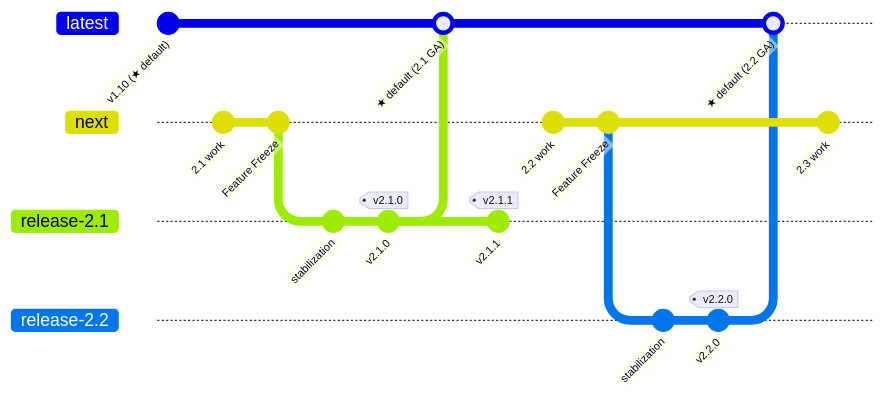
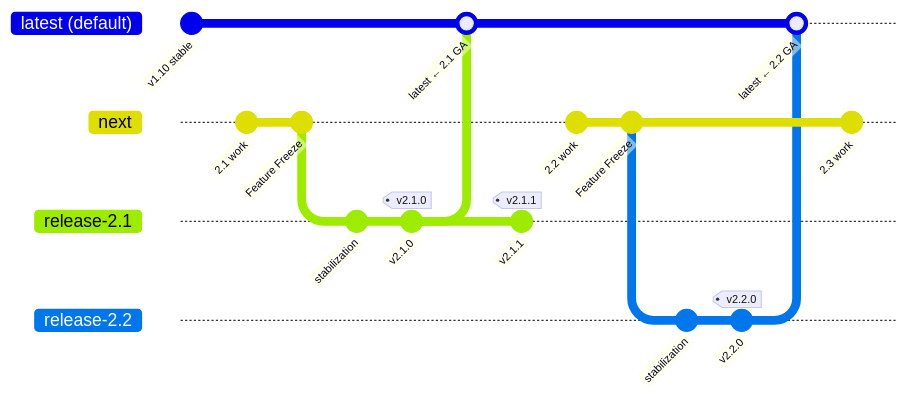
One commit to redhat-developer/rhdh-adr changed the fourth of 4 diagrams in decisions/006-rhdh-local-branching-strategy.md. Above: the diagram before and after it, drawn with Mermaid.

Commit message:
Use 'latest (default)' branch name in Alt 3 diagram
Consistent with Decision and Alt 2 diagrams that label the
default branch explicitly.

````diff
--- a/decisions/006-rhdh-local-branching-strategy.md
+++ b/decisions/006-rhdh-local-branching-strategy.md
@@ -136,27 +136,27 @@
 ```mermaid
-%%{init: { 'gitGraph': {'mainBranchName': 'latest'}} }%%
+%%{init: { 'gitGraph': {'mainBranchName': 'latest (default)'}} }%%
 gitGraph
-    commit id: "v1.10 (★ default)"
+    commit id: "v1.10 stable"
     branch next
     commit id: "2.1 work"
     commit id: "2.1 work"
     commit id: "Feature Freeze"
     branch release-2.1
     commit id: "stabilization"
     commit id: "v2.1.0" tag: "v2.1.0"
-    checkout latest
-    merge release-2.1 id: "★ default (2.1 GA)"
+    checkout "latest (default)"
+    merge release-2.1 id: "latest ← 2.1 GA"
     checkout release-2.1
     commit id: "v2.1.1" tag: "v2.1.1"
     checkout next
     commit id: "2.2 work"
     commit id: "2.2 work"
     commit id: "Feature Freeze "
     branch release-2.2
     commit id: "stabilization "
     commit id: "v2.2.0" tag: "v2.2.0"
-    checkout latest
-    merge release-2.2 id: "★ default (2.2 GA)"
+    checkout "latest (default)"
+    merge release-2.2 id: "latest ← 2.2 GA"
     checkout next
     commit id: "2.3 work"
 ```
````
